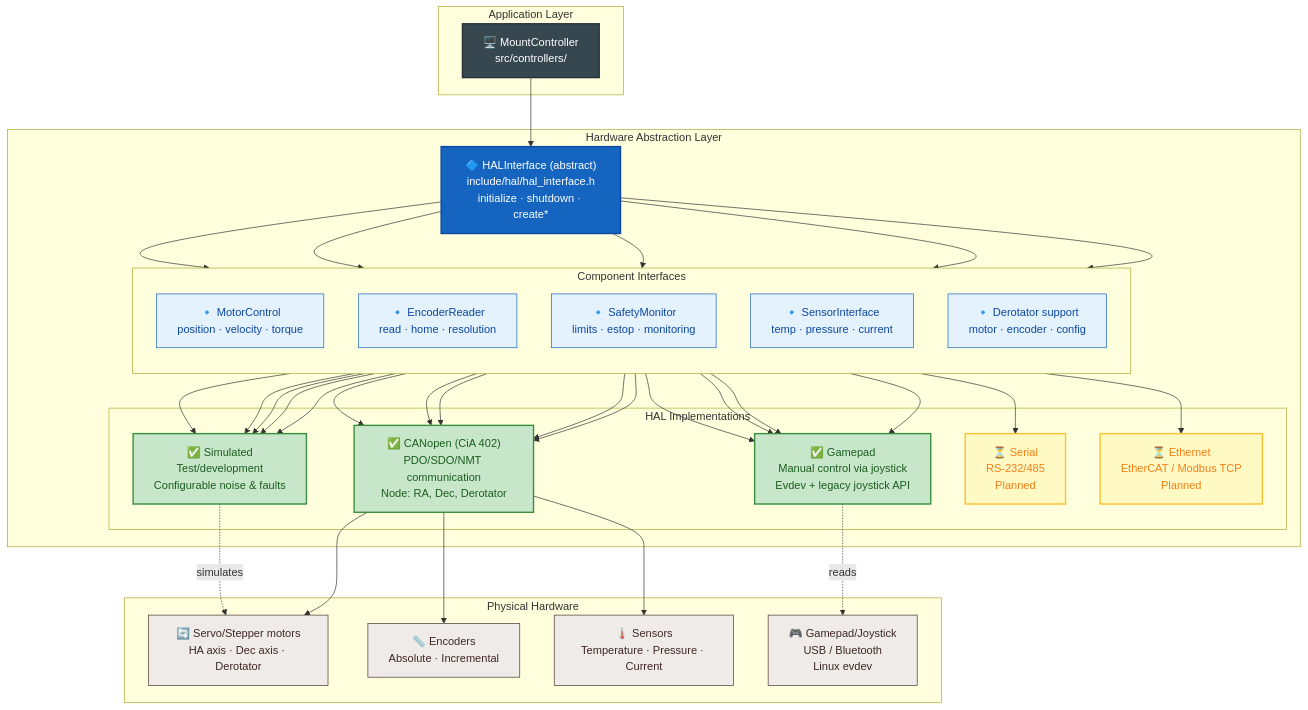
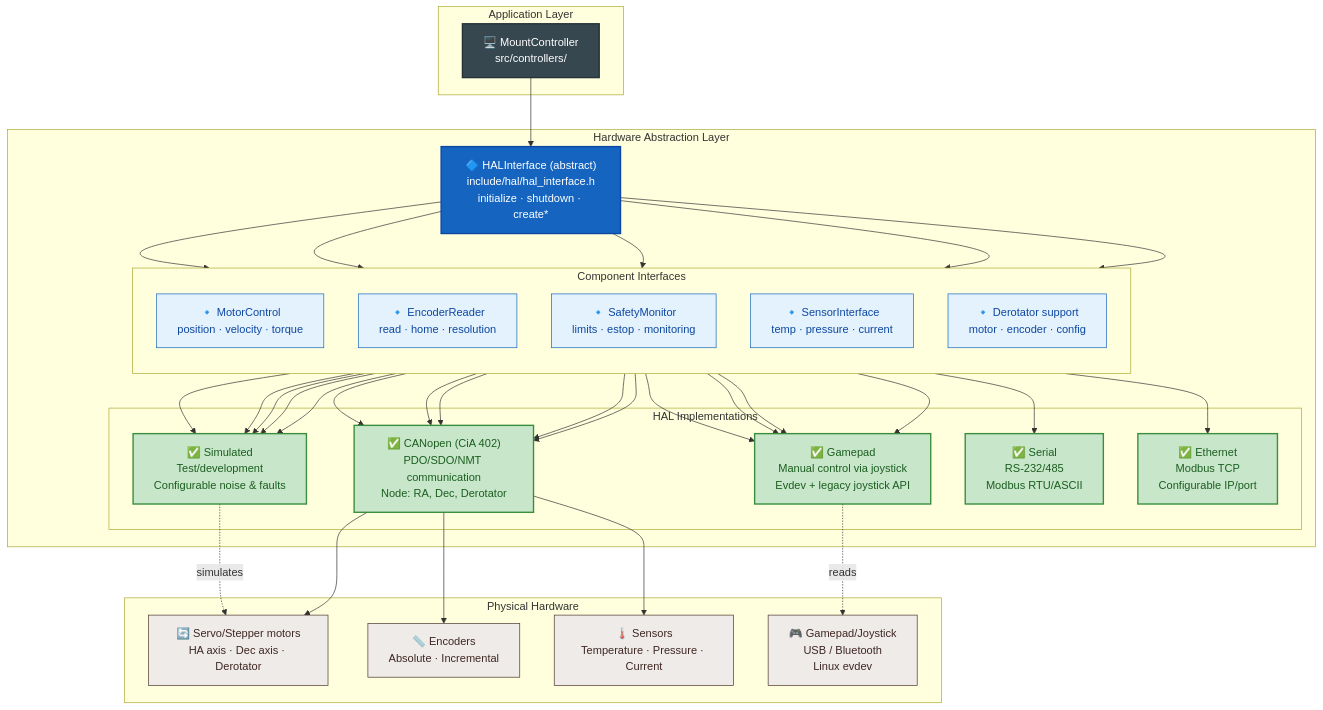
One commit to pielaszkiewicz-jacek/astro_mount_control changed the first of 4 diagrams in docs/en/hal_layer.md. Above: the diagram before and after it, drawn with Mermaid. The commit also changed other lines of this file and 58 other files, not shown here.

````diff
--- a/docs/en/hal_layer.md
+++ b/docs/en/hal_layer.md
@@ -9,59 +9,59 @@
 ```mermaid
 flowchart TB
     %% Styles
     classDef controller fill:#37474f,stroke:#263238,color:#ffffff,stroke-width:2px
     classDef interface fill:#1565c0,stroke:#0d47a1,color:#ffffff,stroke-width:2px
     classDef component fill:#e3f2fd,stroke:#1565c0,stroke-width:1px,color:#0d47a1
     classDef impl fill:#e8f5e9,stroke:#388e3c,stroke-width:2px,color:#1b5e20
     classDef done fill:#c8e6c9,stroke:#388e3c,stroke-width:2px,color:#1b5e20
     classDef planned fill:#fff9c4,stroke:#fbc02d,stroke-width:2px,color:#f57f17
     classDef hw fill:#efebe9,stroke:#4e342e,stroke-width:1px,color:#3e2723
 
     subgraph APP["Application Layer"]
         MC["🖥️ MountController<br/>src/controllers/"]:::controller
     end
 
     subgraph HAL["Hardware Abstraction Layer"]
         HAL_IF["🔷 HALInterface (abstract)<br/>include/hal/hal_interface.h<br/>initialize · shutdown · create*"]:::interface
 
         subgraph COMP["Component Interfaces"]
             direction TB
             MOTOR["🔹 MotorControl<br/>position · velocity · torque"]:::component
             ENC["🔹 EncoderReader<br/>read · home · resolution"]:::component
             SAFE["🔹 SafetyMonitor<br/>limits · estop · monitoring"]:::component
             SENS["🔹 SensorInterface<br/>temp · pressure · current"]:::component
             DEROT_IF["🔹 Derotator support<br/>motor · encoder · config"]:::component
         end
 
         subgraph IMPL["HAL Implementations"]
             CAN_IMPL["✅ CANopen (CiA 402)<br/>PDO/SDO/NMT communication<br/>Node: RA, Dec, Derotator"]:::done
             SIM_IMPL["✅ Simulated<br/>Test/development<br/>Configurable noise & faults"]:::done
             GAM_IMPL["✅ Gamepad<br/>Manual control via joystick<br/>Evdev + legacy joystick API"]:::done
-            SER_IMPL["⏳ Serial<br/>RS-232/485<br/>Planned"]:::planned
-            ETH_IMPL["⏳ Ethernet<br/>EtherCAT / Modbus TCP<br/>Planned"]:::planned
+            SER_IMPL["✅ Serial<br/>RS-232/485<br/>Modbus RTU/ASCII"]:::done
+            ETH_IMPL["✅ Ethernet<br/>Modbus TCP<br/>Configurable IP/port"]:::done
         end
 
         HAL_IF --> MOTOR
         HAL_IF --> ENC
         HAL_IF --> SAFE
         HAL_IF --> SENS
         HAL_IF --> DEROT_IF
         MOTOR --> CAN_IMPL & SIM_IMPL & GAM_IMPL & SER_IMPL & ETH_IMPL
         ENC --> CAN_IMPL & SIM_IMPL & GAM_IMPL
         SAFE --> CAN_IMPL & SIM_IMPL & GAM_IMPL
         SENS --> CAN_IMPL & SIM_IMPL & GAM_IMPL
         DEROT_IF --> CAN_IMPL & SIM_IMPL
     end
 
     subgraph HW["Physical Hardware"]
         MOT_HW["🔄 Servo/Stepper motors<br/>HA axis · Dec axis · Derotator"]:::hw
         ENC_HW["📏 Encoders<br/>Absolute · Incremental"]:::hw
         SENS_HW["🌡️ Sensors<br/>Temperature · Pressure · Current"]:::hw
         GAM_HW["🎮 Gamepad/Joystick<br/>USB / Bluetooth<br/>Linux evdev"]:::hw
     end
 
     MC --> HAL_IF
     CAN_IMPL --> MOT_HW & ENC_HW & SENS_HW
     SIM_IMPL -.->|simulates| MOT_HW
     GAM_IMPL -.->|reads| GAM_HW
 ```
````
